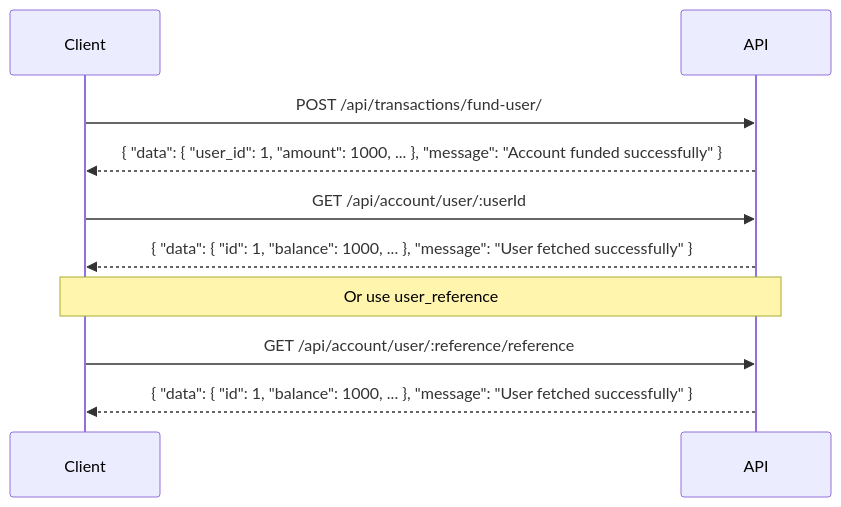
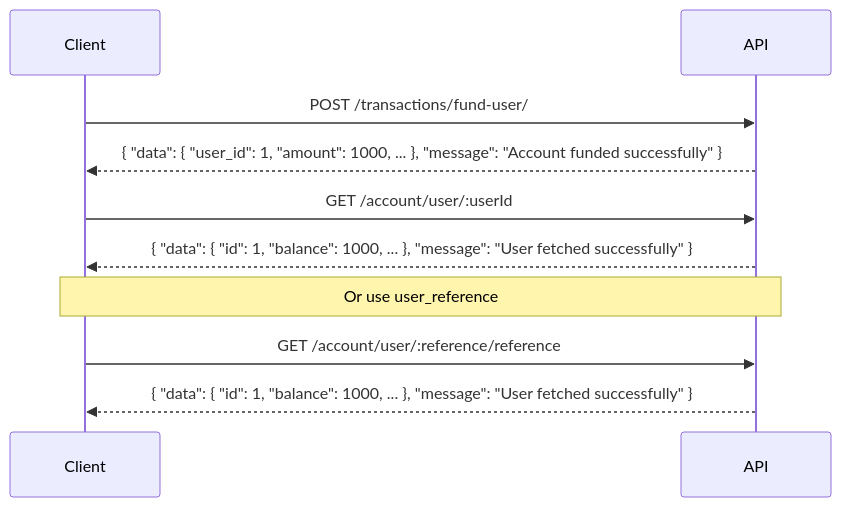
The second of 4 diagrams in docs/guides/getting-started.mdx (55-Tech-Limited/accounting-service-docs), drawn with Mermaid before and after one commit. The commit also changed other lines of this file and 6 other files, not shown here.

````diff
--- a/docs/guides/getting-started.mdx
+++ b/docs/guides/getting-started.mdx
@@ -1094,12 +1094,12 @@
 ```mermaid
 sequenceDiagram
     participant Client
     participant API
-    Client->>API: POST /api/transactions/fund-user/
+    Client->>API: POST /transactions/fund-user/
     API-->>Client: { "data": { "user_id": 1, "amount": 1000, ... }, "message": "Account funded successfully" }
-    Client->>API: GET /api/account/user/:userId
+    Client->>API: GET /account/user/:userId
     API-->>Client: { "data": { "id": 1, "balance": 1000, ... }, "message": "User fetched successfully" }
     Note over Client,API: Or use user_reference
-    Client->>API: GET /api/account/user/:reference/reference
+    Client->>API: GET /account/user/:reference/reference
     API-->>Client: { "data": { "id": 1, "balance": 1000, ... }, "message": "User fetched successfully" }
 ```
````
